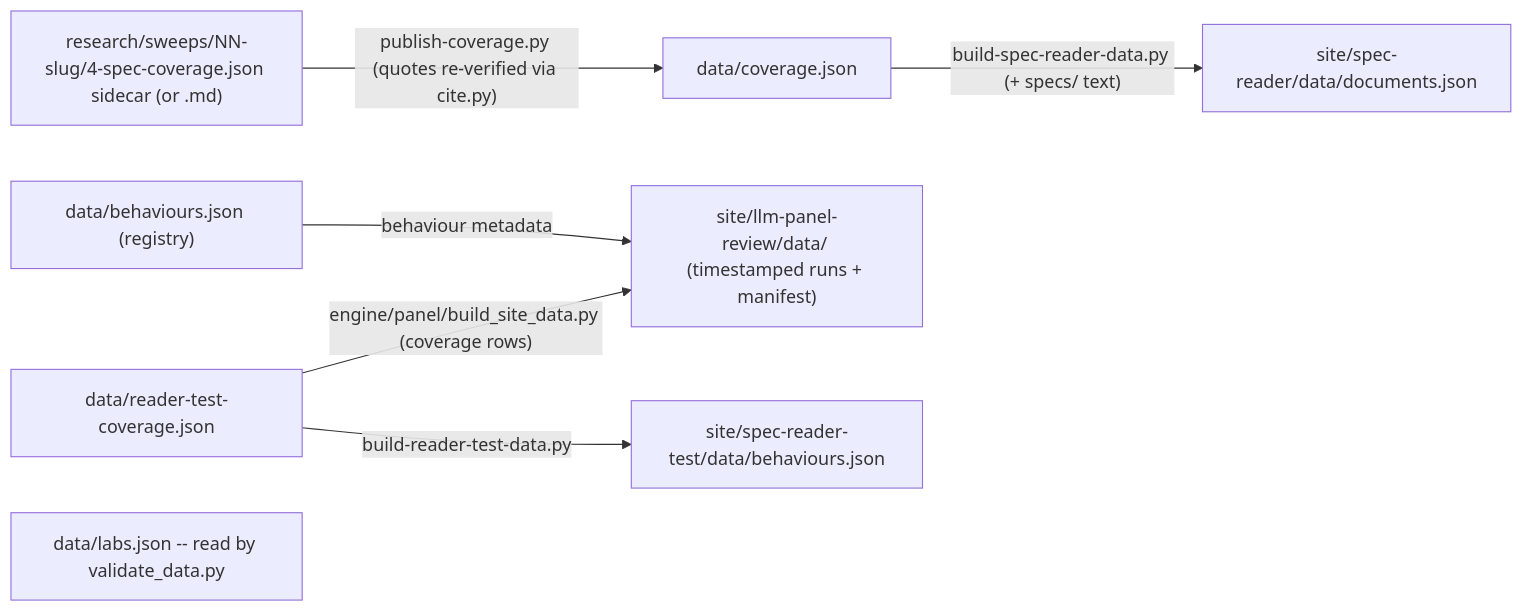
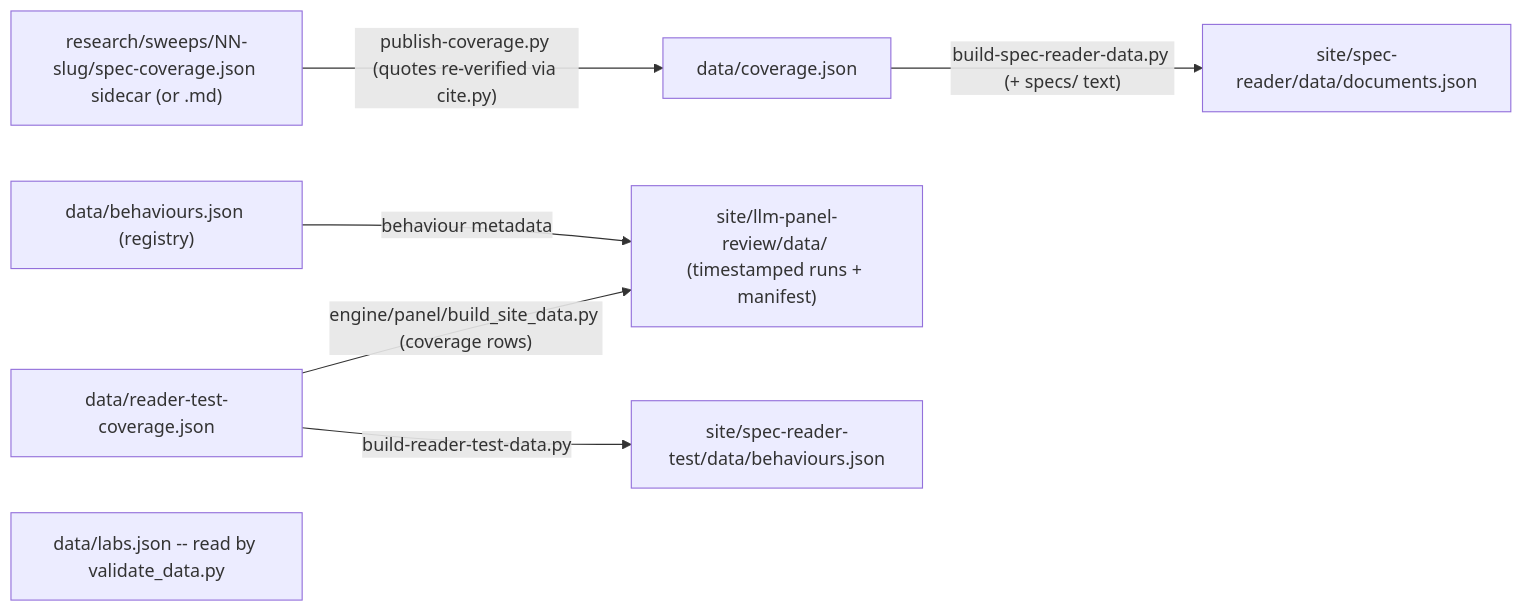
The diagram in data/OVERVIEW.md (AndresCotton/ai-character-index), drawn with Mermaid before and after one commit. The commit also changed other lines of this file and 36 other files, not shown here.

````diff
--- a/data/OVERVIEW.md
+++ b/data/OVERVIEW.md
@@ -21,9 +21,9 @@
 ```mermaid
 graph LR
-  sweep["research/sweeps/NN-slug/4-spec-coverage.json sidecar (or .md)"] -->|"publish-coverage.py (quotes re-verified via cite.py)"| cov["data/coverage.json"]
+  sweep["research/sweeps/NN-slug/spec-coverage.json sidecar (or .md)"] -->|"publish-coverage.py (quotes re-verified via cite.py)"| cov["data/coverage.json"]
   cov -->|"build-spec-reader-data.py (+ specs/ text)"| docs["site/spec-reader/data/documents.json"]
   reg["data/behaviours.json (registry)"] -->|"behaviour metadata"| panel
   rtc["data/reader-test-coverage.json"] -->|"build-reader-test-data.py"| bench["site/spec-reader-test/data/behaviours.json"]
   rtc -->|"engine/panel/build_site_data.py (coverage rows)"| panel["site/llm-panel-review/data/ (timestamped runs + manifest)"]
   labs["data/labs.json -- read by validate_data.py"]
 ```
````
